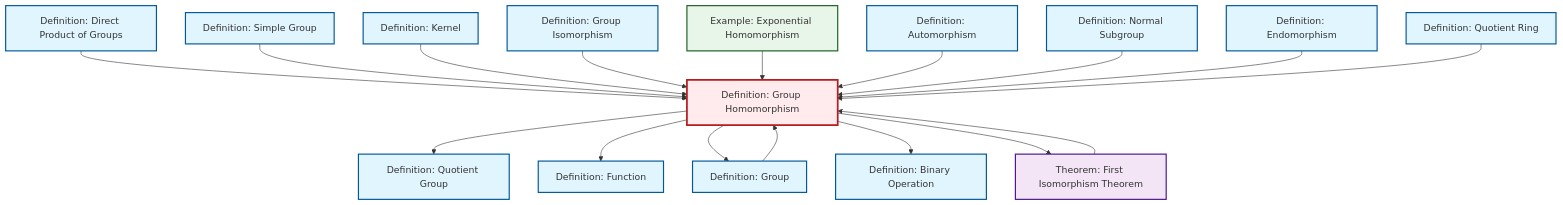
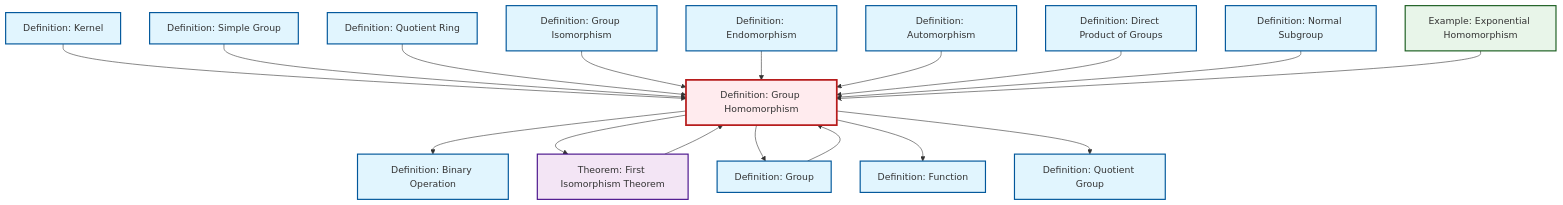
The diagram in content/en/algebra/def-homomorphism.qmd (RK0429/ModernMath), drawn with Mermaid before and after one commit. The commit also changed other lines of this file and 619 other files, not shown here.

````diff
--- a/content/en/algebra/def-homomorphism.qmd
+++ b/content/en/algebra/def-homomorphism.qmd
@@ -62,55 +62,55 @@
 ```{mermaid}
 %%| fig-cap: "Local dependency graph"
 graph TD
     classDef definition fill:#e1f5fe,stroke:#01579b,stroke-width:2px
     classDef theorem fill:#f3e5f5,stroke:#4a148c,stroke-width:2px
     classDef axiom fill:#fff3e0,stroke:#e65100,stroke-width:2px
     classDef example fill:#e8f5e9,stroke:#1b5e20,stroke-width:2px
     classDef current fill:#ffebee,stroke:#b71c1c,stroke-width:3px
+    def-binary-operation["Definition: Binary Operation"]:::definition
+    def-normal-subgroup["Definition: Normal Subgroup"]:::definition
+    def-group["Definition: Group"]:::definition
+    def-kernel["Definition: Kernel"]:::definition
     def-simple-group["Definition: Simple Group"]:::definition
+    thm-first-isomorphism["Theorem: First Isomorphism Theorem"]:::theorem
+    def-quotient-group["Definition: Quotient Group"]:::definition
+    ex-exponential-homomorphism["Example: Exponential Homomorphism"]:::example
+    def-isomorphism["Definition: Group Isomorphism"]:::definition
+    def-automorphism["Definition: Automorphism"]:::definition
+    def-quotient-ring["Definition: Quotient Ring"]:::definition
     def-homomorphism["Definition: Group Homomorphism"]:::definition
-    def-automorphism["Definition: Automorphism"]:::definition
+    def-endomorphism["Definition: Endomorphism"]:::definition
     def-function["Definition: Function"]:::definition
-    def-isomorphism["Definition: Group Isomorphism"]:::definition
-    ex-exponential-homomorphism["Example: Exponential Homomorphism"]:::example
-    def-quotient-ring["Definition: Quotient Ring"]:::definition
-    def-endomorphism["Definition: Endomorphism"]:::definition
-    def-kernel["Definition: Kernel"]:::definition
-    def-quotient-group["Definition: Quotient Group"]:::definition
-    thm-first-isomorphism["Theorem: First Isomorphism Theorem"]:::theorem
-    def-normal-subgroup["Definition: Normal Subgroup"]:::definition
     def-direct-product["Definition: Direct Product of Groups"]:::definition
-    def-group["Definition: Group"]:::definition
-    def-binary-operation["Definition: Binary Operation"]:::definition
+    def-homomorphism --> def-binary-operation
+    def-homomorphism --> thm-first-isomorphism
+    def-kernel --> def-homomorphism
+    def-group --> def-homomorphism
+    def-simple-group --> def-homomorphism
+    def-quotient-ring --> def-homomorphism
+    def-homomorphism --> def-group
+    def-isomorphism --> def-homomorphism
+    def-homomorphism --> def-function
+    def-endomorphism --> def-homomorphism
+    def-automorphism --> def-homomorphism
     def-direct-product --> def-homomorphism
-    def-simple-group --> def-homomorphism
-    def-kernel --> def-homomorphism
+    def-normal-subgroup --> def-homomorphism
     def-homomorphism --> def-quotient-group
-    def-isomorphism --> def-homomorphism
-    def-group --> def-homomorphism
     ex-exponential-homomorphism --> def-homomorphism
-    def-automorphism --> def-homomorphism
-    def-normal-subgroup --> def-homomorphism
-    def-homomorphism --> def-function
-    def-homomorphism --> def-group
-    def-homomorphism --> def-binary-operation
-    def-endomorphism --> def-homomorphism
-    def-quotient-ring --> def-homomorphism
-    def-homomorphism --> thm-first-isomorphism
     thm-first-isomorphism --> def-homomorphism
     class def-homomorphism current
+    click def-binary-operation "def-binary-operation.html" "Go to Binary Operation definition"
+    click def-normal-subgroup "def-normal-subgroup.html" "Go to Normal Subgroup definition"
+    click def-group "def-group.html" "Go to Group definition"
+    click def-kernel "def-kernel.html" "Go to Kernel definition"
     click def-simple-group "def-simple-group.html" "Go to Simple Group definition"
+    click thm-first-isomorphism "thm-first-isomorphism.html" "Go to First Isomorphism Theorem theorem"
+    click def-quotient-group "def-quotient-group.html" "Go to Quotient Group definition"
+    click ex-exponential-homomorphism "ex-exponential-homomorphism.html" "Go to Exponential Homomorphism example"
+    click def-isomorphism "def-isomorphism.html" "Go to Group Isomorphism definition"
     click def-automorphism "def-automorphism.html" "Go to Automorphism definition"
-    click def-function "def-function.html" "Go to Function definition"
-    click def-isomorphism "def-isomorphism.html" "Go to Group Isomorphism definition"
-    click ex-exponential-homomorphism "ex-exponential-homomorphism.html" "Go to Exponential Homomorphism example"
     click def-quotient-ring "def-quotient-ring.html" "Go to Quotient Ring definition"
     click def-endomorphism "def-endomorphism.html" "Go to Endomorphism definition"
-    click def-kernel "def-kernel.html" "Go to Kernel definition"
-    click def-quotient-group "def-quotient-group.html" "Go to Quotient Group definition"
-    click thm-first-isomorphism "thm-first-isomorphism.html" "Go to First Isomorphism Theorem theorem"
-    click def-normal-subgroup "def-normal-subgroup.html" "Go to Normal Subgroup definition"
+    click def-function "def-function.html" "Go to Function definition"
     click def-direct-product "def-direct-product.html" "Go to Direct Product of Groups definition"
-    click def-group "def-group.html" "Go to Group definition"
-    click def-binary-operation "def-binary-operation.html" "Go to Binary Operation definition"
 ```
````
